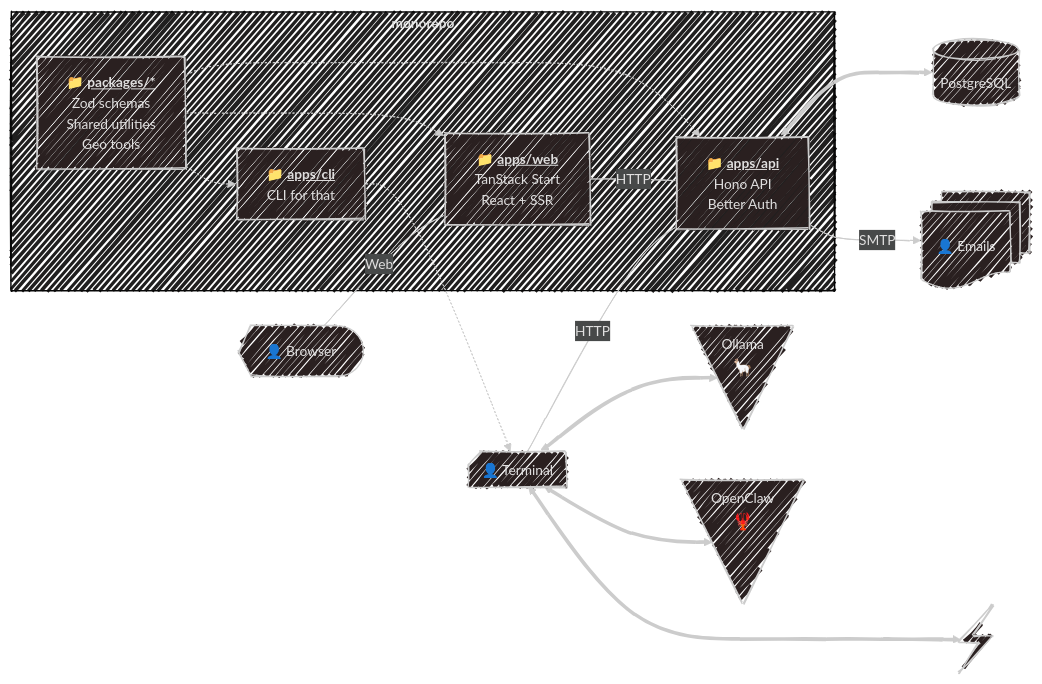
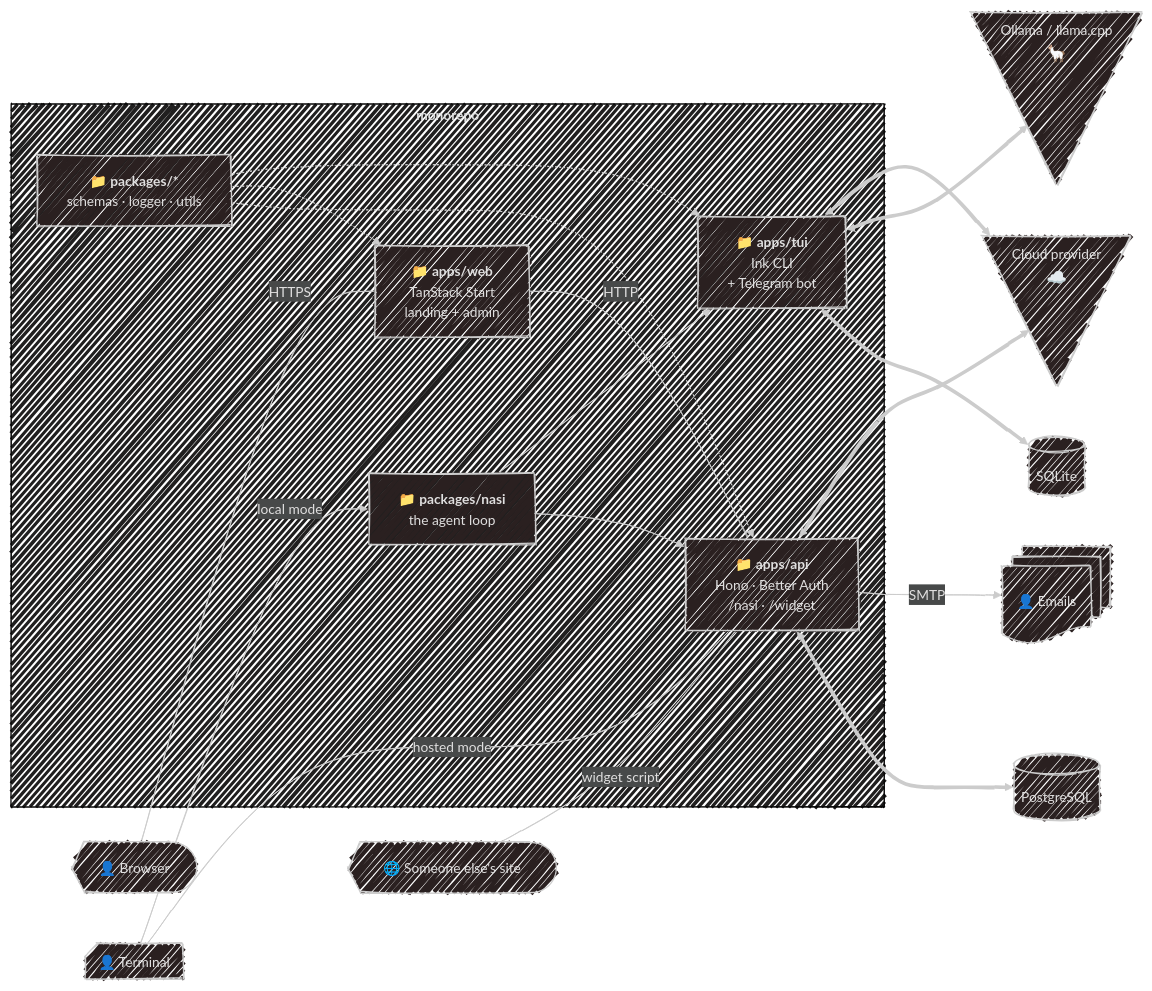
The diagram in docs/development/vision.md (SubZtep/kaja), drawn with Mermaid before and after one commit. The commit also changed other lines of this file and 271 other files, not shown here.

````diff
--- a/docs/development/vision.md
+++ b/docs/development/vision.md
@@ -8,39 +12,43 @@
 ```mermaid
 ---
 config:
   look: handDrawn
   theme: neo-dark
 ---
 flowchart LR
   U@{ shape: curv-trap, label: "👤 Browser" }
-  UW@{ shape: notch-rect, label: "👤 Terminal" }
-  L@{ shape: manual-file, label: "Ollama<br><big>🦙</big>" }
-  O@{ shape: manual-file, label: "OpenClaw<br><big>🦞</big>" }
-  B@{ shape: bolt }
+  UT@{ shape: notch-rect, label: "👤 Terminal" }
+  UG@{ shape: curv-trap, label: "🌐 Someone else's site" }
+  L@{ shape: manual-file, label: "Ollama / llama.cpp<br><big>🦙</big>" }
+  C@{ shape: manual-file, label: "Cloud provider<br><big>☁️</big>" }
 
   D[(PostgreSQL)]
+  S[(SQLite)]
   E@{ shape: docs, label: "👤 Emails"}
 
-  subgraph "`**monorepo**`"
-    A["📁 <strong><u>apps/api</u></strong><br/>Hono API<br/>Better Auth"]
-    W["📁 <strong><u>apps/web</u></strong><br/>TanStack Start<br/>React + SSR"]
-    P["📁 <strong><u>packages/*</u></strong><br/>Zod schemas<br/>Shared utilities<br>Geo tools"]
-    WW["📁 <strong><u>apps/cli</u></strong><br/>CLI for that"]
+  subgraph MR["`**monorepo**`"]
+    A["📁 <b>apps/api</b><br/>Hono · Better Auth<br/>/nasi · /widget"]
+    W["📁 <b>apps/web</b><br/>TanStack Start<br/>landing + admin"]
+    T["📁 <b>apps/tui</b><br/>Ink CLI<br/>+ Telegram bot"]
+    N["📁 <b>packages/nasi</b><br/>the agent loop"]
+    P["📁 <b>packages/*</b><br/>schemas · logger · utils"]
   end
 
   P -.-> A
   P -.-> W
-  P -.-> WW
+  P -.-> T
+  N --> A
+  N --> T
 
-  U -- Web --- W
-  UW -- HTTP --- A
-  WW -.-> UW
-  UW <==> L
-  UW <==> O
-  UW <===> B
-
+  U -- HTTPS --- W
+  UG -- "widget script" --- A
+  UT -- "hosted mode" --- A
+  UT -- "local mode" --> N
   W -- HTTP --- A
   A <==> D
+  T <==> S
   A -- SMTP --> E
-
+  T <==> L
+  T <==> C
+  A <==> C
 ```
````
